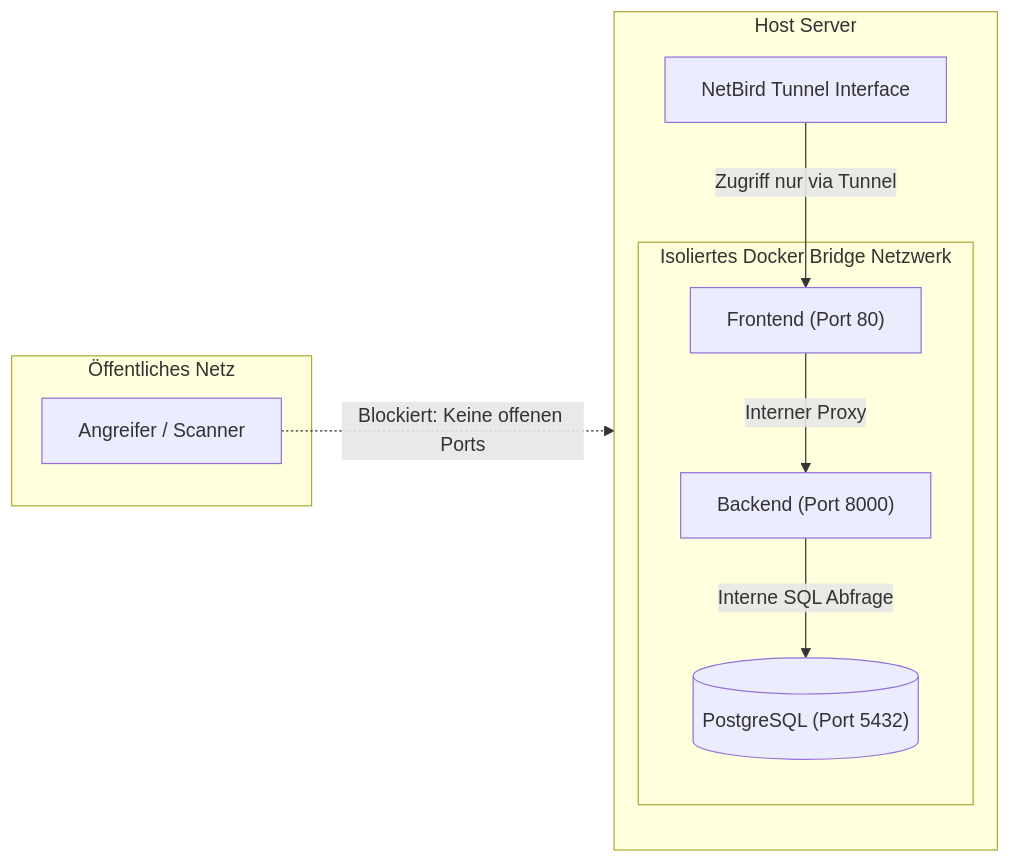
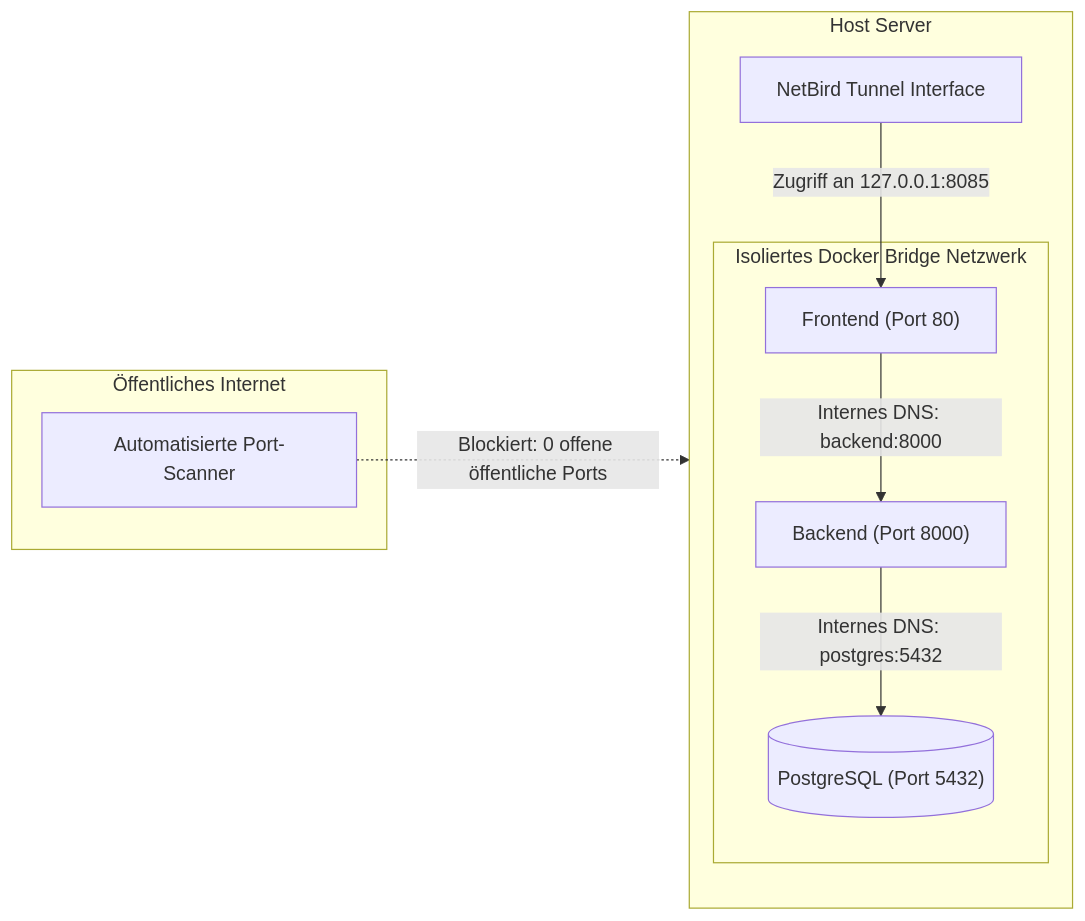
One commit to Pascal-Thommen/pascal-thommen.github.io changed the third of 4 diagrams in content/posts/upa-campus-app-architecture-part-2/index.de.md. Above: the diagram before and after it, drawn with Mermaid. The commit also changed other lines of this file and 20 other files, not shown here.

Commit message:
feat(posts): refine UPA Campus App architecture series with holistic webapp mental model and specification depth

````diff
--- a/content/posts/upa-campus-app-architecture-part-2/index.de.md
+++ b/content/posts/upa-campus-app-architecture-part-2/index.de.md
@@ -218,18 +211,18 @@
 ```mermaid
 flowchart LR
-    subgraph PublicInternet["Öffentliches Netz"]
-        Attacker["Angreifer / Scanner"]
+    subgraph PublicInternet["Öffentliches Internet"]
+        Attacker["Automatisierte Port-Scanner"]
     end
     subgraph HostServer["Host Server"]
         NetBird["NetBird Tunnel Interface"]
         subgraph DockerBridge["Isoliertes Docker Bridge Netzwerk"]
             Frontend["Frontend (Port 80)"]
             Backend["Backend (Port 8000)"]
             DB[("PostgreSQL (Port 5432)")]
         end
     end
-    Attacker -.->|Blockiert: Keine offenen Ports| HostServer
-    NetBird -->|Zugriff nur via Tunnel| Frontend
-    Frontend -->|Interner Proxy| Backend
-    Backend -->|Interne SQL Abfrage| DB
+    Attacker -.->|Blockiert: 0 offene öffentliche Ports| HostServer
+    NetBird -->|Zugriff an 127.0.0.1:8085| Frontend
+    Frontend -->|Internes DNS: backend:8000| Backend
+    Backend -->|Internes DNS: postgres:5432| DB
 ```
````
